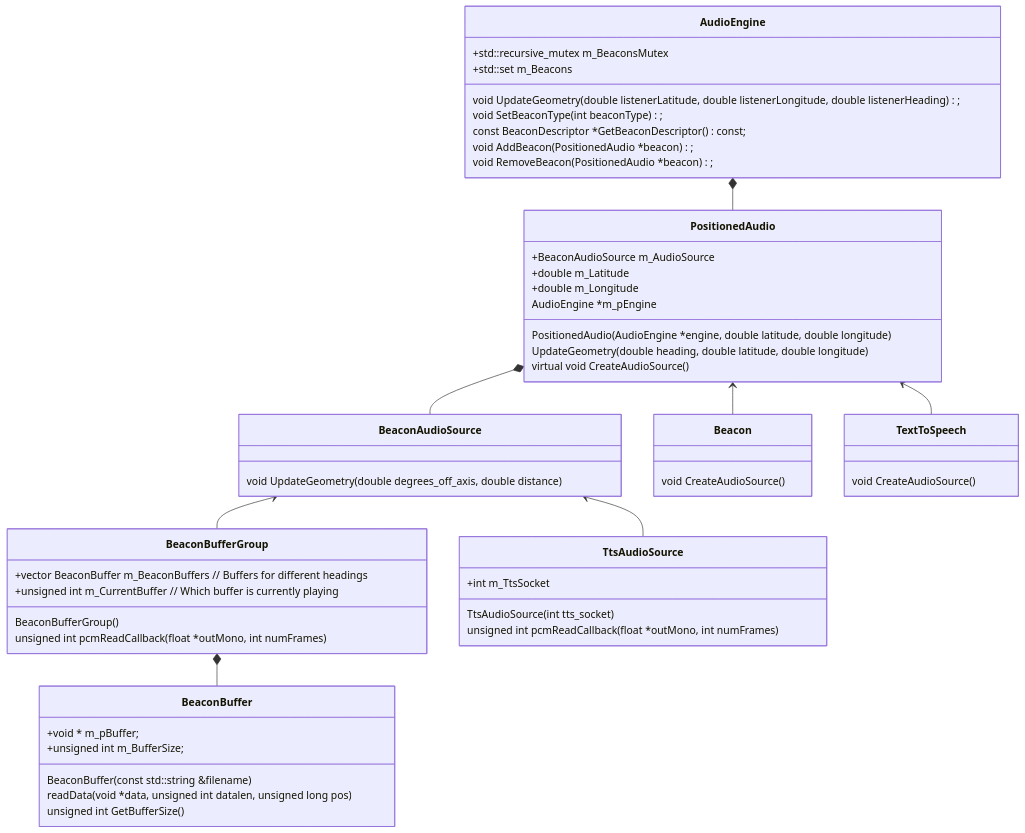
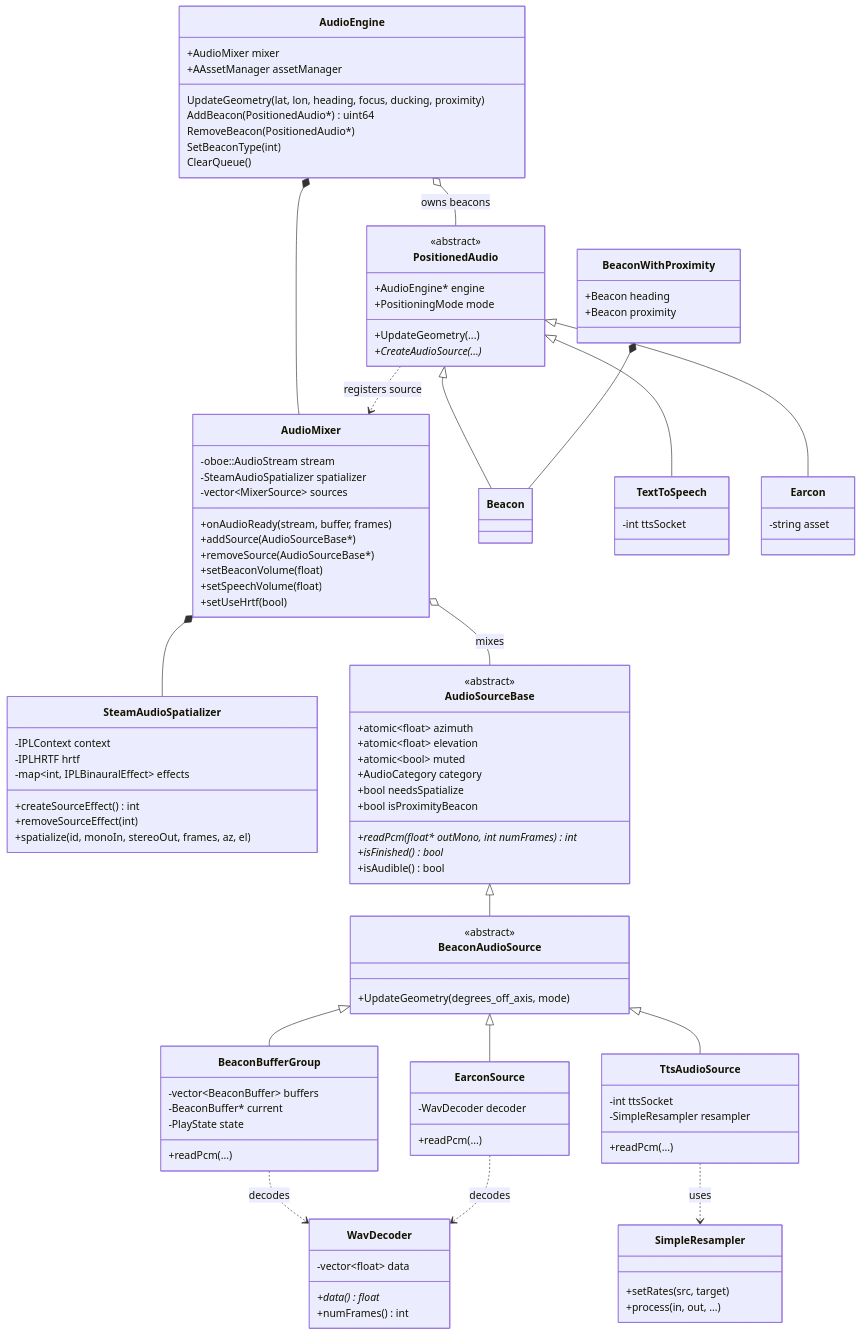
Before and after one commit to Scottish-Tech-Army/Soundscape-Android: the diagram in docs/developers/audio-API.md, drawn with Mermaid. The commit also changed other lines of this file and 6 other files, not shown here.

````diff
--- a/docs/developers/audio-API.md
+++ b/docs/developers/audio-API.md
@@ -102,66 +25,117 @@
-<div class="mermaid">
+```mermaid
 classDiagram
-
-    class BeaconBuffer{
-        +void * m_pBuffer;
-        +unsigned int m_BufferSize;
-
-        BeaconBuffer(const std::string &filename)
-        readData(void *data, unsigned int datalen, unsigned long pos)
-        unsigned int GetBufferSize()    
-    }
-    
-    class BeaconBufferGroup{
-        BeaconBufferGroup()
-        unsigned int pcmReadCallback(float *outMono, int numFrames)
-        +vector BeaconBuffer m_BeaconBuffers // Buffers for different headings
-        +unsigned int m_CurrentBuffer // Which buffer is currently playing
+    class AudioEngine {
+        +AudioMixer mixer
+        +AAssetManager assetManager
+        UpdateGeometry(lat, lon, heading, focus, ducking, proximity)
+        AddBeacon(PositionedAudio*) uint64
+        RemoveBeacon(PositionedAudio*)
+        SetBeaconType(int)
+        ClearQueue()
     }
 
-    class BeaconAudioSource{
-        void UpdateGeometry(double degrees_off_axis, double distance)
+    class AudioMixer {
+        -oboe::AudioStream stream
+        -SteamAudioSpatializer spatializer
+        -vector~MixerSource~ sources
+        +onAudioReady(stream, buffer, frames)
+        +addSource(AudioSourceBase*)
+        +removeSource(AudioSourceBase*)
+        +setBeaconVolume(float)
+        +setSpeechVolume(float)
+        +setUseHrtf(bool)
     }
 
-    class TtsAudioSource{
-        TtsAudioSource(int tts_socket)
-        unsigned int pcmReadCallback(float *outMono, int numFrames)
-        +int m_TtsSocket
+    class SteamAudioSpatializer {
+        -IPLContext context
+        -IPLHRTF hrtf
+        -map~int, IPLBinauralEffect~ effects
+        +createSourceEffect() int
+        +removeSourceEffect(int)
+        +spatialize(id, monoIn, stereoOut, frames, az, el)
     }
 
-    class PositionedAudio{
-        PositionedAudio(AudioEngine *engine, double latitude, double longitude)
-        UpdateGeometry(double heading, double latitude, double longitude)
-        virtual void CreateAudioSource()
-        +BeaconAudioSource m_AudioSource
-        +double m_Latitude
-        +double m_Longitude
-        AudioEngine *m_pEngine
-    }
-    
-    class AudioEngine {
-        void UpdateGeometry(double listenerLatitude, double listenerLongitude, double listenerHeading);
-        void SetBeaconType(int beaconType);
-        const BeaconDescriptor *GetBeaconDescriptor() const;
-
-        void AddBeacon(PositionedAudio *beacon);
-        void RemoveBeacon(PositionedAudio *beacon);
-
-        +std::recursive_mutex m_BeaconsMutex
-        +std::set<PositionedAudio *> m_Beacons
+    class AudioSourceBase {
+        <<abstract>>
+        +atomic~float~ azimuth
+        +atomic~float~ elevation
+        +atomic~bool~ muted
+        +AudioCategory category
+        +bool needsSpatialize
+        +bool isProximityBeacon
+        +readPcm(float* outMono, int numFrames)* int
+        +isFinished()* bool
+        +isAudible() bool
     }
 
-    class Beacon{
-        void CreateAudioSource()
+    class BeaconAudioSource {
+        <<abstract>>
+        +UpdateGeometry(degrees_off_axis, mode)
     }
 
-    class TextToSpeech{
-        void CreateAudioSource()
+    class BeaconBufferGroup {
+        -vector~BeaconBuffer~ buffers
+        -BeaconBuffer* current
+        -PlayState state
+        +readPcm(...)
     }
-    PositionedAudio *-- BeaconAudioSource
-    BeaconBufferGroup *-- BeaconBuffer
-    BeaconAudioSource <-- TtsAudioSource
-    BeaconAudioSource <-- BeaconBufferGroup
-    PositionedAudio <-- Beacon
-    PositionedAudio <-- TextToSpeech
-    AudioEngine *-- PositionedAudio
-</div>
+
+    class TtsAudioSource {
+        -int ttsSocket
+        -SimpleResampler resampler
+        +readPcm(...)
+    }
+
+    class EarconSource {
+        -WavDecoder decoder
+        +readPcm(...)
+    }
+
+    class PositionedAudio {
+        <<abstract>>
+        +AudioEngine* engine
+        +PositioningMode mode
+        +UpdateGeometry(...)
+        +CreateAudioSource(...)*
+    }
+
+    class Beacon
+    class BeaconWithProximity {
+        +Beacon heading
+        +Beacon proximity
+    }
+    class TextToSpeech {
+        -int ttsSocket
+    }
+    class Earcon {
+        -string asset
+    }
+
+    class WavDecoder {
+        -vector~float~ data
+        +data() float*
+        +numFrames() int
+    }
+
+    class SimpleResampler {
+        +setRates(src, target)
+        +process(in, out, ...)
+    }
+
+    AudioEngine *-- AudioMixer
+    AudioMixer *-- SteamAudioSpatializer
+    AudioMixer o-- AudioSourceBase : mixes
+    AudioSourceBase <|-- BeaconAudioSource
+    BeaconAudioSource <|-- BeaconBufferGroup
+    BeaconAudioSource <|-- TtsAudioSource
+    BeaconAudioSource <|-- EarconSource
+    BeaconBufferGroup ..> WavDecoder : decodes
+    EarconSource ..> WavDecoder : decodes
+    TtsAudioSource ..> SimpleResampler : uses
+    PositionedAudio <|-- Beacon
+    PositionedAudio <|-- TextToSpeech
+    PositionedAudio <|-- Earcon
+    BeaconWithProximity *-- Beacon
+    PositionedAudio ..> AudioMixer : registers source
+    AudioEngine o-- PositionedAudio : owns beacons
+```
````
